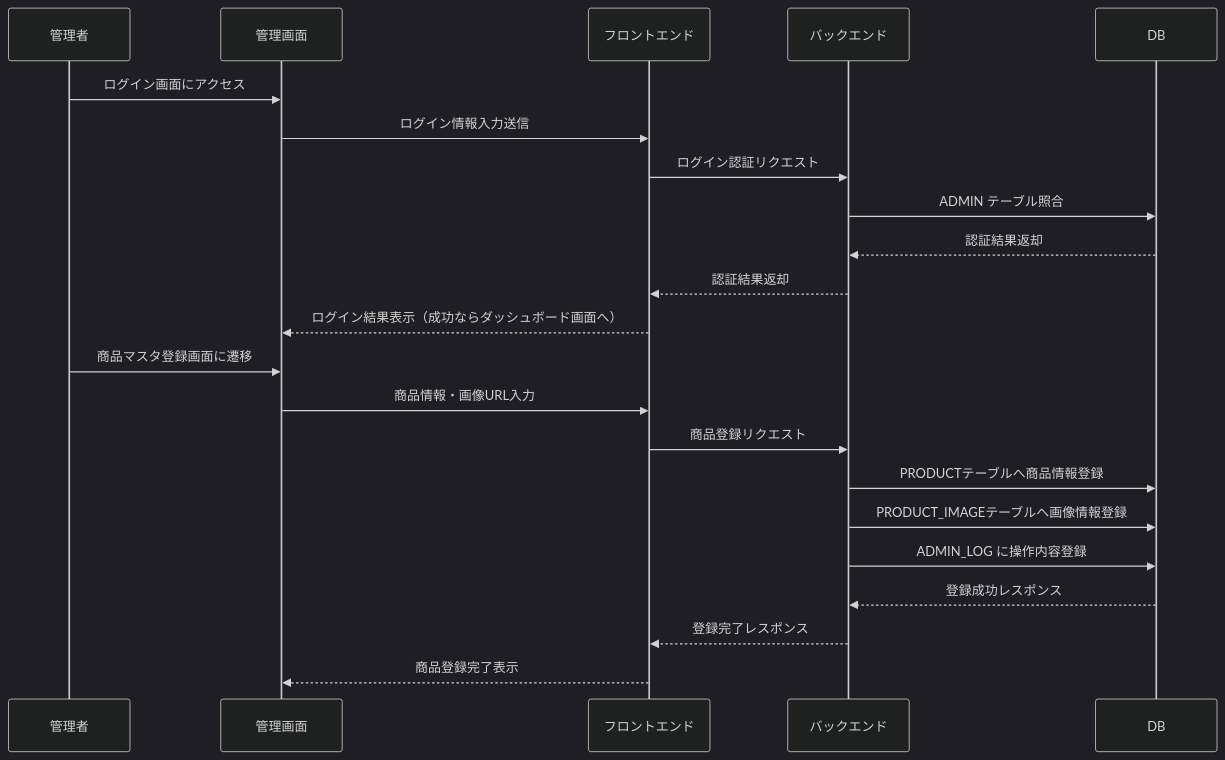
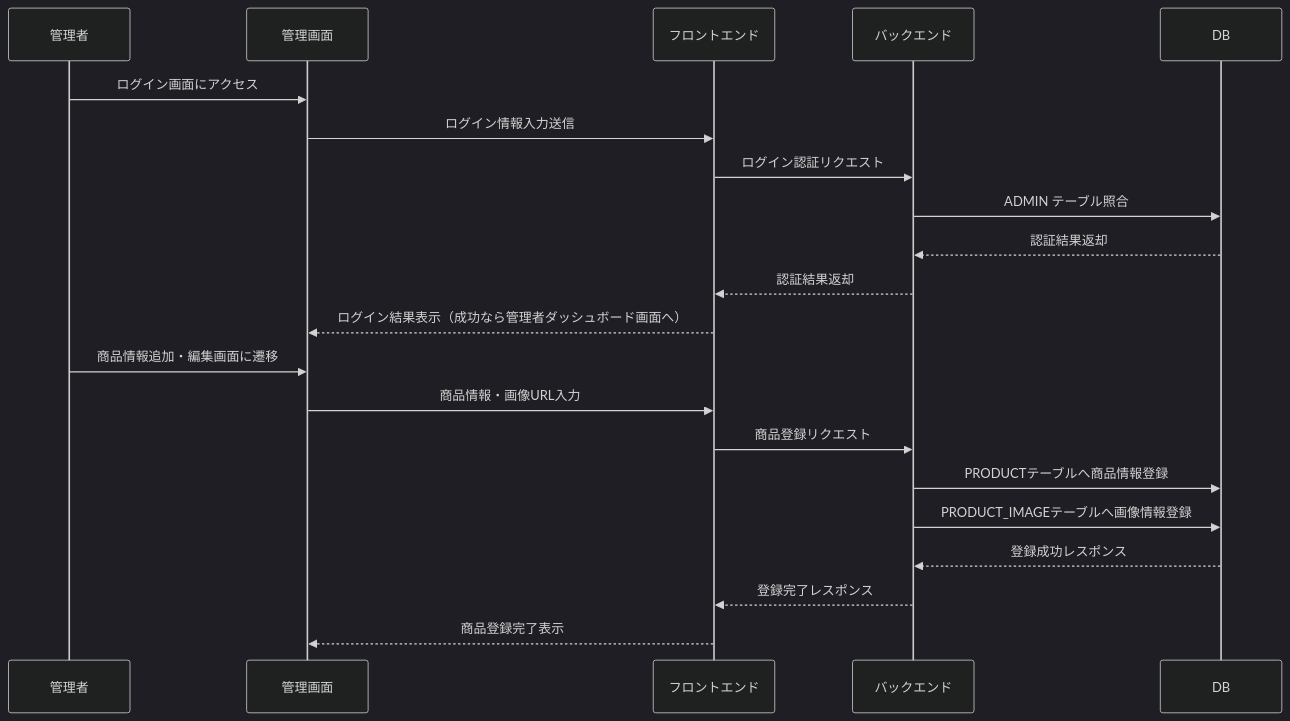
The tenth of 11 diagrams in 基本設計/基本設計書.md (YUKlT0/Equipe), drawn with Mermaid (dark theme) before and after one commit. The commit also changed other lines of this file, not shown here.

```diff
--- a/基本設計/基本設計書.md
+++ b/基本設計/基本設計書.md
@@ -754,28 +741,27 @@
 <div class="mermaid">
 sequenceDiagram
     participant 管理者
     participant 管理画面
     participant フロントエンド
     participant バックエンド
     participant DB
 
     管理者->>管理画面: ログイン画面にアクセス
     管理画面->>フロントエンド: ログイン情報入力送信
     フロントエンド->>バックエンド: ログイン認証リクエスト
     バックエンド->>DB: ADMIN テーブル照合
     DB-->>バックエンド: 認証結果返却
     バックエンド-->>フロントエンド: 認証結果返却
-    フロントエンド-->>管理画面: ログイン結果表示（成功ならダッシュボード画面へ）
+    フロントエンド-->>管理画面: ログイン結果表示（成功なら管理者ダッシュボード画面へ）
 
-    管理者->>管理画面: 商品マスタ登録画面に遷移
+    管理者->>管理画面: 商品情報追加・編集画面に遷移
     管理画面->>フロントエンド: 商品情報・画像URL入力
     フロントエンド->>バックエンド: 商品登録リクエスト
 
     バックエンド->>DB: PRODUCTテーブルへ商品情報登録
     バックエンド->>DB: PRODUCT_IMAGEテーブルへ画像情報登録
-    バックエンド->>DB: ADMIN_LOG に操作内容登録
     DB-->>バックエンド: 登録成功レスポンス
     バックエンド-->>フロントエンド: 登録完了レスポンス
     フロントエンド-->>管理画面: 商品登録完了表示
 
 </div>
```
